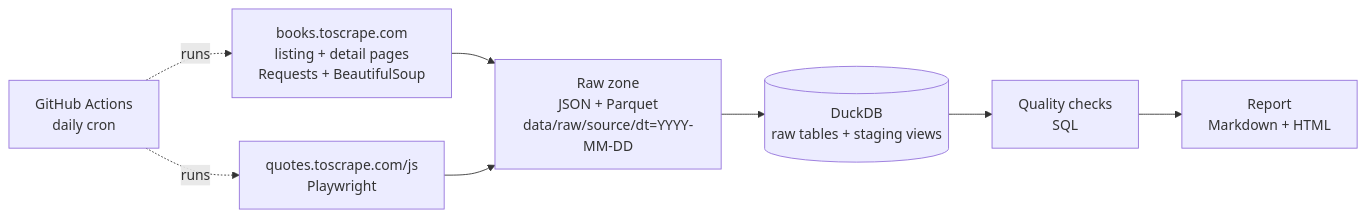
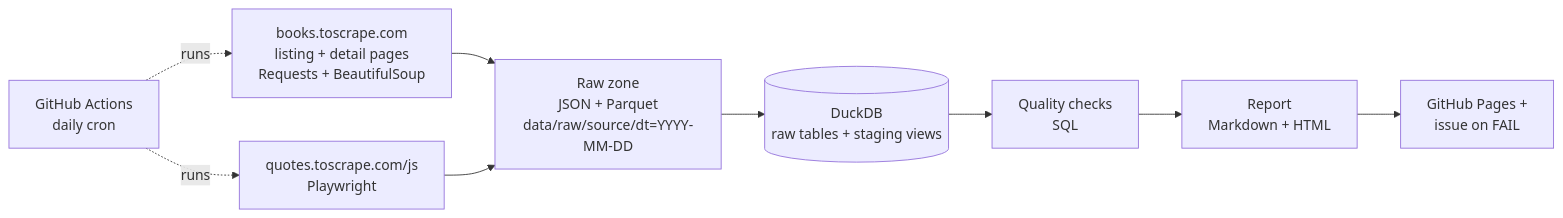
The diagram in README.md (phuochuyy/web-data-quality-pipeline), drawn with Mermaid before and after one commit. The commit also changed other lines of this file, not shown here.

````diff
--- a/README.md
+++ b/README.md
@@ -9,9 +11,10 @@
 ```mermaid
 flowchart LR
     A[books.toscrape.com<br/>listing + detail pages<br/>Requests + BeautifulSoup] --> C
     B[quotes.toscrape.com/js<br/>Playwright] --> C
     C[Raw zone<br/>JSON + Parquet<br/>data/raw/source/dt=YYYY-MM-DD] --> D[(DuckDB<br/>raw tables + staging views)]
     D --> E[Quality checks<br/>SQL]
     E --> F[Report<br/>Markdown + HTML]
+    F --> H[GitHub Pages +<br/>issue on FAIL]
     G[GitHub Actions<br/>daily cron] -.runs.-> A & B
 ```
````
